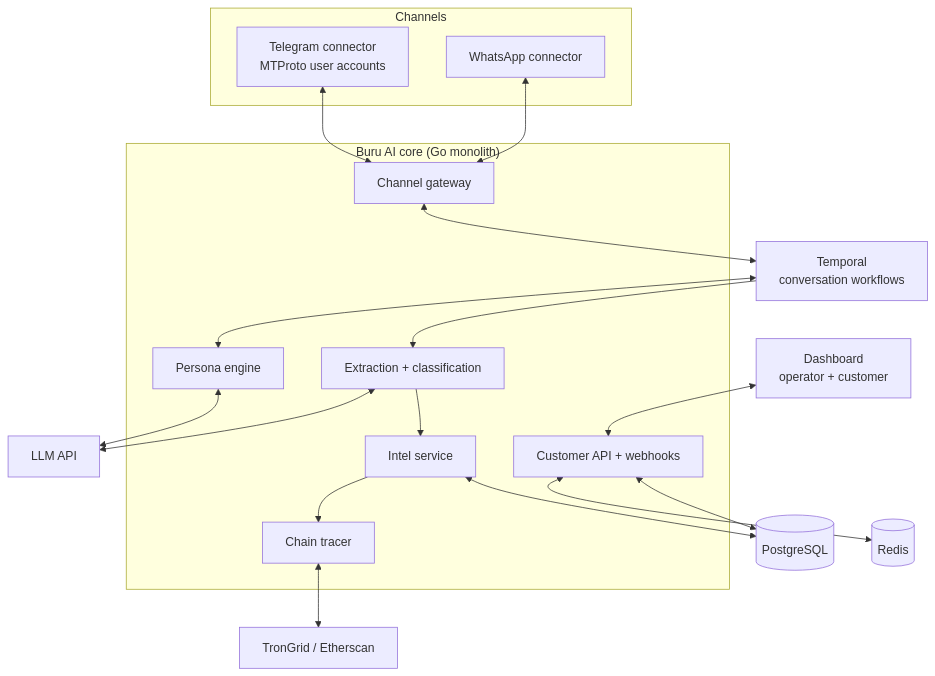
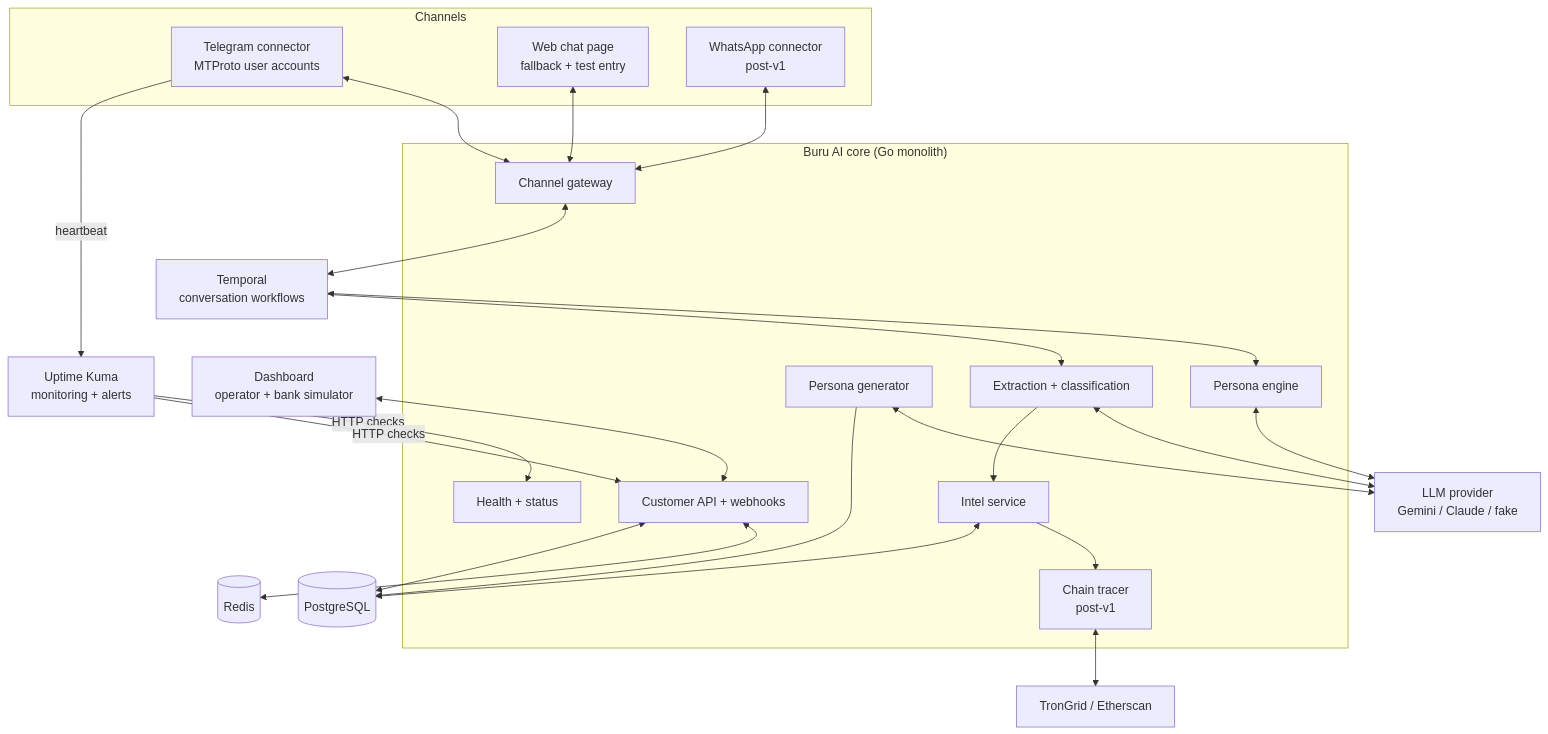
The diagram in docs/TRD.md (JaxzTan/Buru_AI), drawn with Mermaid before and after one commit. The commit also changed other lines of this file and 6 other files, not shown here.

````diff
--- a/docs/TRD.md
+++ b/docs/TRD.md
@@ -28,35 +29,44 @@
 ```mermaid
 flowchart TB
   subgraph Channels
     TG[Telegram connector<br/>MTProto user accounts]
-    WA[WhatsApp connector]
+    WC[Web chat page<br/>fallback + test entry]
+    WA[WhatsApp connector<br/>post-v1]
   end
   subgraph Core["Buru AI core (Go monolith)"]
     GW[Channel gateway]
+    PG[Persona generator]
     PE[Persona engine]
     EX[Extraction + classification]
-    TR[Chain tracer]
+    TR[Chain tracer<br/>post-v1]
     IN[Intel service]
     CA[Customer API + webhooks]
+    HS[Health + status]
   end
   TMP[Temporal<br/>conversation workflows]
-  LLM[LLM API]
+  LLM[LLM provider<br/>Gemini / Claude / fake]
   CH[TronGrid / Etherscan]
   DB[(PostgreSQL)]
   RD[(Redis)]
-  DASH[Dashboard<br/>operator + customer]
+  DASH[Dashboard<br/>operator + bank simulator]
+  MON[Uptime Kuma<br/>monitoring + alerts]
 
-  TG & WA <--> GW
+  TG & WC & WA <--> GW
   GW <--> TMP
   TMP <--> PE
   PE <--> LLM
+  PG <--> LLM
+  PG --> DB
   TMP --> EX
   EX <--> LLM
   EX --> IN
   IN --> TR
   TR <--> CH
   IN <--> DB
   CA <--> RD
   CA <--> DB
   DASH <--> CA
+  MON -->|HTTP checks| HS
+  MON -->|HTTP checks| CA
+  TG -->|heartbeat| MON
 ```
````
